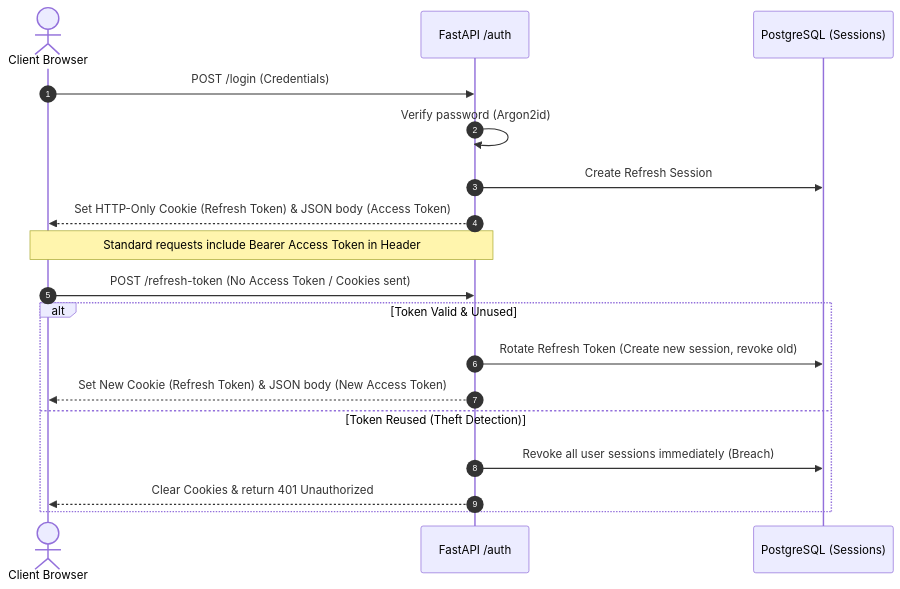
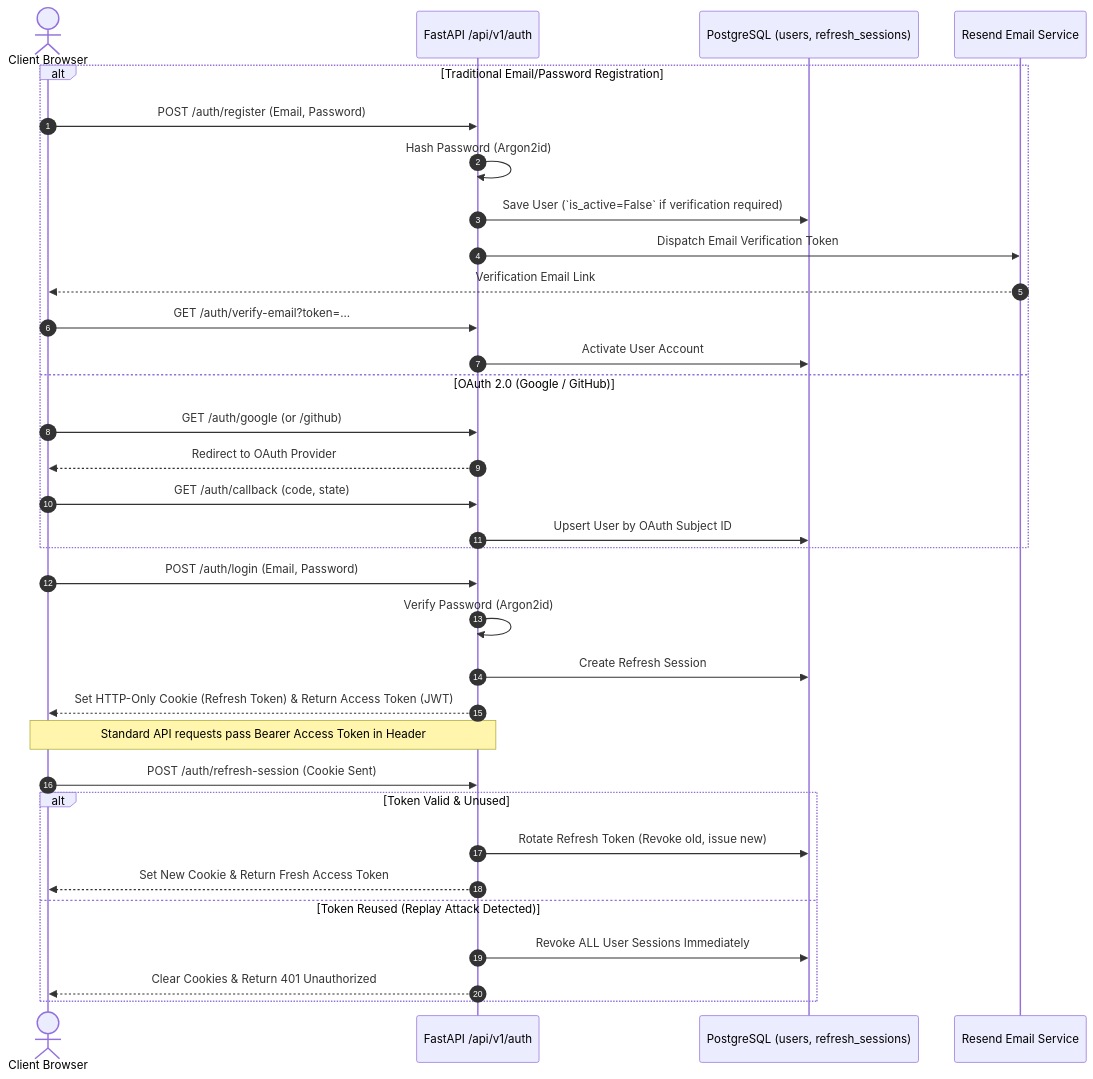
Before and after one commit to Satya-Naraharisetty/FusionRAG: the fourth of 5 diagrams in ARCHITECTURE.md, drawn with Mermaid. The commit also changed other lines of this file and 6 other files, not shown here.

````diff
--- a/ARCHITECTURE.md
+++ b/ARCHITECTURE.md
@@ -87,22 +103,39 @@
 ```mermaid
 sequenceDiagram
     autonumber
     actor User as Client Browser
-    participant API as FastAPI /auth
-    participant DB as PostgreSQL (Sessions)
+    participant API as FastAPI /api/v1/auth
+    participant DB as PostgreSQL (users, refresh_sessions)
+    participant Resend as Resend Email Service
 
-    User->>API: POST /login (Credentials)
-    API->>API: Verify password (Argon2id)
+    alt Traditional Email/Password Registration
+        User->>API: POST /auth/register (Email, Password)
+        API->>API: Hash Password (Argon2id)
+        API->>DB: Save User (`is_active=False` if verification required)
+        API->>Resend: Dispatch Email Verification Token
+        Resend-->>User: Verification Email Link
+        User->>API: GET /auth/verify-email?token=...
+        API->>DB: Activate User Account
+    else OAuth 2.0 (Google / GitHub)
+        User->>API: GET /auth/google (or /github)
+        API-->>User: Redirect to OAuth Provider
+        User->>API: GET /auth/callback (code, state)
+        API->>DB: Upsert User by OAuth Subject ID
+    end
+
+    User->>API: POST /auth/login (Email, Password)
+    API->>API: Verify Password (Argon2id)
     API->>DB: Create Refresh Session
-    API-->>User: Set HTTP-Only Cookie (Refresh Token) & JSON body (Access Token)
-    Note over User, API: Standard requests include Bearer Access Token in Header
-    
-    User->>API: POST /refresh-token (No Access Token / Cookies sent)
+    API-->>User: Set HTTP-Only Cookie (Refresh Token) & Return Access Token (JWT)
+
+    Note over User, API: Standard API requests pass Bearer Access Token in Header
+
+    User->>API: POST /auth/refresh-session (Cookie Sent)
     alt Token Valid & Unused
-        API->>DB: Rotate Refresh Token (Create new session, revoke old)
-        API-->>User: Set New Cookie (Refresh Token) & JSON body (New Access Token)
-    else Token Reused (Theft Detection)
-        API->>DB: Revoke all user sessions immediately (Breach)
-        API-->>User: Clear Cookies & return 401 Unauthorized
+        API->>DB: Rotate Refresh Token (Revoke old, issue new)
+        API-->>User: Set New Cookie & Return Fresh Access Token
+    else Token Reused (Replay Attack Detected)
+        API->>DB: Revoke ALL User Sessions Immediately
+        API-->>User: Clear Cookies & Return 401 Unauthorized
     end
 ```
````
